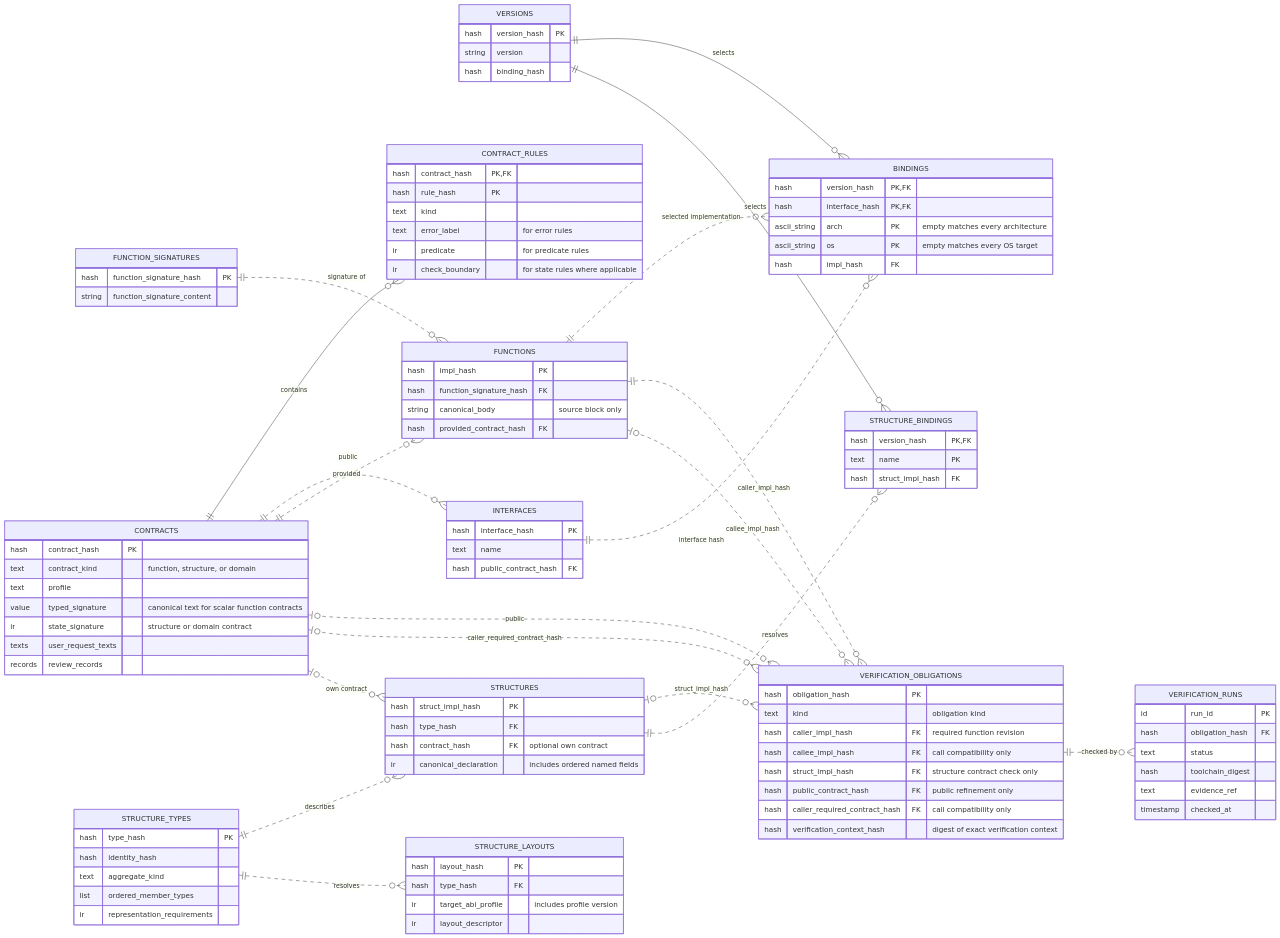
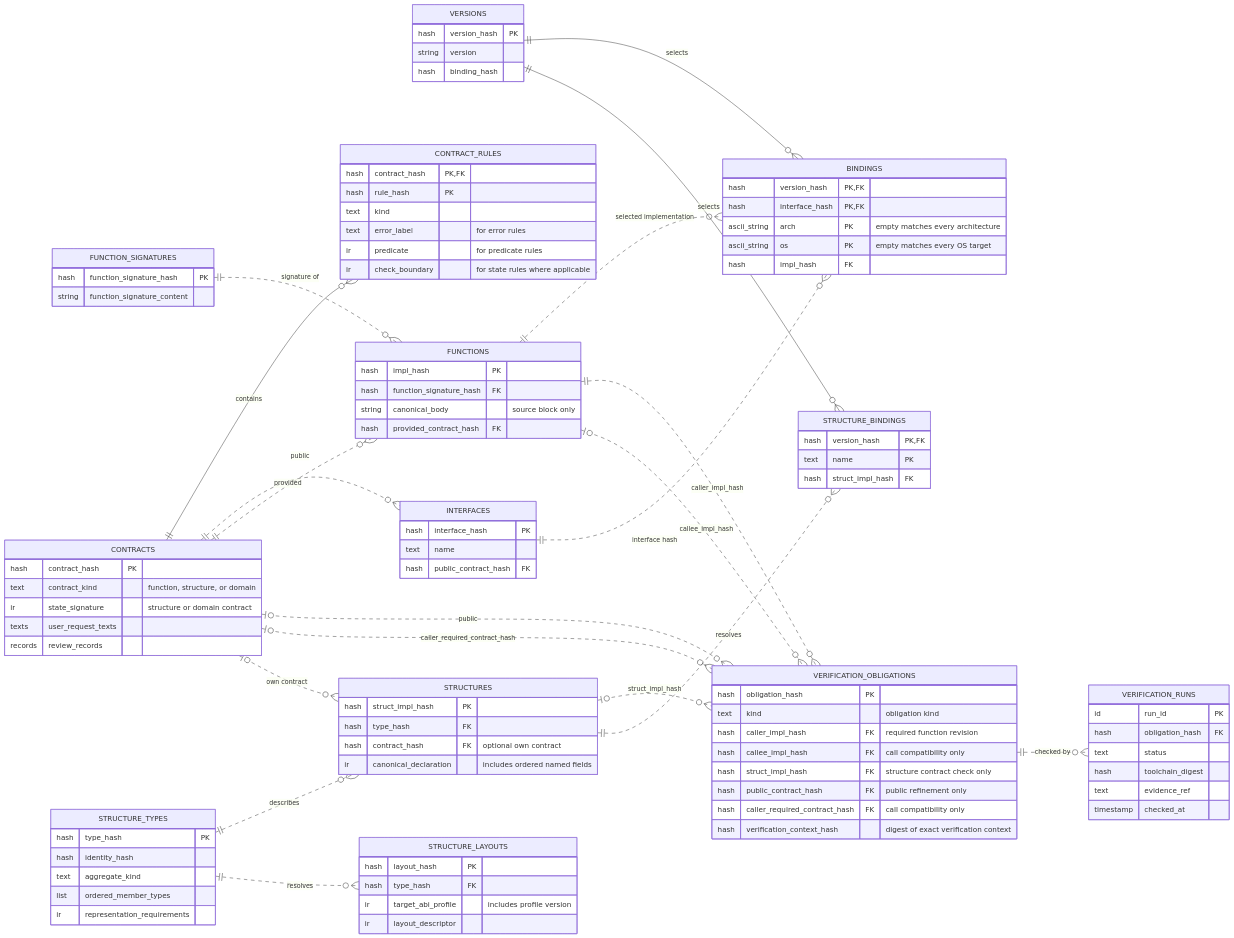
Before and after one commit to aivibeflow/LLMLang: the third of 3 diagrams in draft/RFC.md, drawn with Mermaid. The commit also changed other lines of this file and 334 other files, not shown here.

```diff
--- a/draft/RFC.md
+++ b/draft/RFC.md
@@ -234,8 +245,6 @@
     CONTRACTS {
         hash contract_hash PK
         text contract_kind "function, structure, or domain"
-        text profile
-        value typed_signature "canonical text for scalar function contracts"
         ir state_signature "structure or domain contract"
         texts user_request_texts
         records review_records
```
